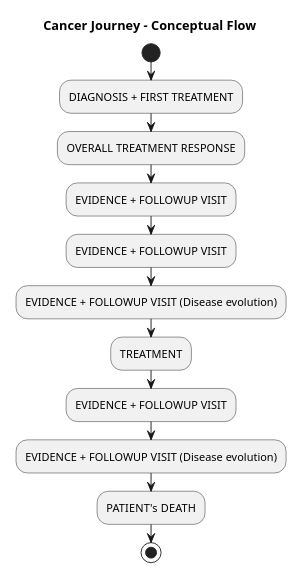
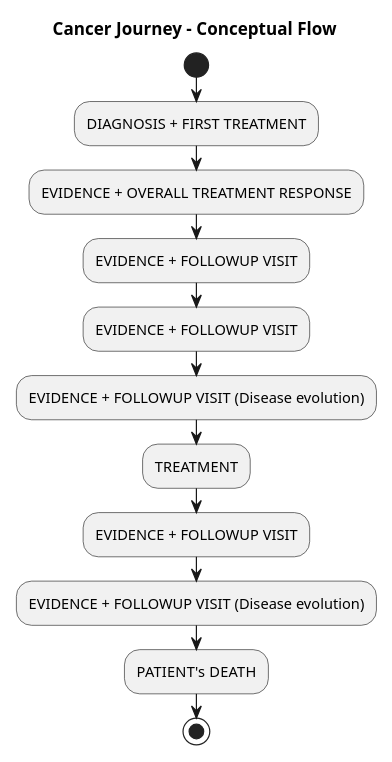
The diagram in input/images-source/CancerJourney.plantuml (hl7-eu/cancer-common), drawn with PlantUML before and after one commit. The commit also changed 1 other file, not shown here.

Commit message:
Cancer journey diagram updates
Cancer journey diagram updates

```diff
--- a/input/images-source/CancerJourney.plantuml
+++ b/input/images-source/CancerJourney.plantuml
@@ -1,18 +1,18 @@
 @startuml
 
-scale 0.6
+scale 0.8
 
 title Cancer Journey – Conceptual Flow
 
 start 
 :DIAGNOSIS + FIRST TREATMENT;
-:OVERALL TREATMENT RESPONSE;
+:EVIDENCE + OVERALL TREATMENT RESPONSE;
 :EVIDENCE + FOLLOWUP VISIT;
 :EVIDENCE + FOLLOWUP VISIT;
 :EVIDENCE + FOLLOWUP VISIT (Disease evolution);
 :TREATMENT;
 :EVIDENCE + FOLLOWUP VISIT;
 :EVIDENCE + FOLLOWUP VISIT (Disease evolution);
 :PATIENT's DEATH;
 stop
 @enduml
```
